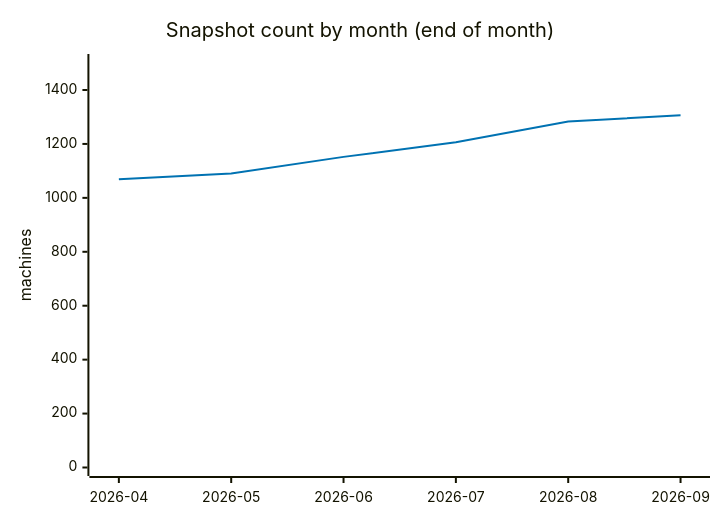
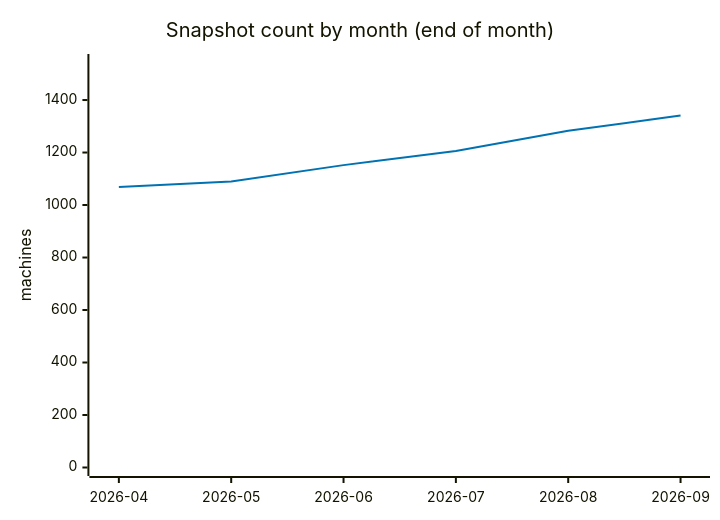
One commit to cheeaun/returnright-data changed the sixth of 7 diagrams in ANALYSIS.md. Above: the diagram before and after it, drawn with Mermaid. The commit also changed other lines of this file and 7 other files, not shown here.

````diff
--- a/ANALYSIS.md
+++ b/ANALYSIS.md
@@ -292,13 +293,13 @@
 ```mermaid
 ---
 config:
   themeVariables:
     xyChart:
       plotColorPalette: "#0072B2"
 ---
 xychart-beta
     title "Snapshot count by month (end of month)"
     x-axis ["2026-04", "2026-05", "2026-06", "2026-07", "2026-08", "2026-09"]
-    y-axis "machines" 0 --> 1502
-    line [1069, 1090, 1152, 1206, 1283, 1306]
+    y-axis "machines" 0 --> 1543
+    line [1069, 1090, 1152, 1206, 1283, 1341]
 ```
````
